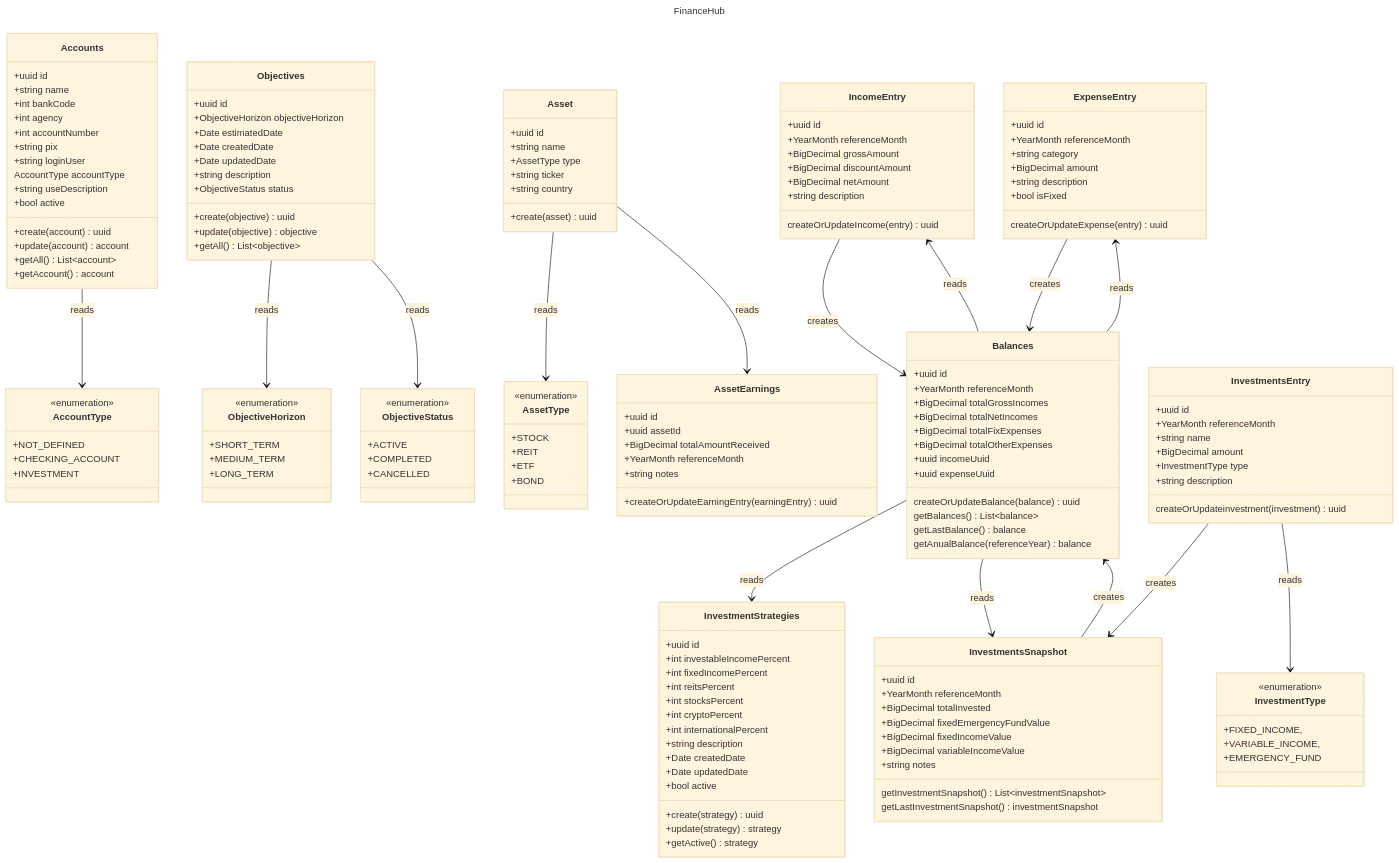
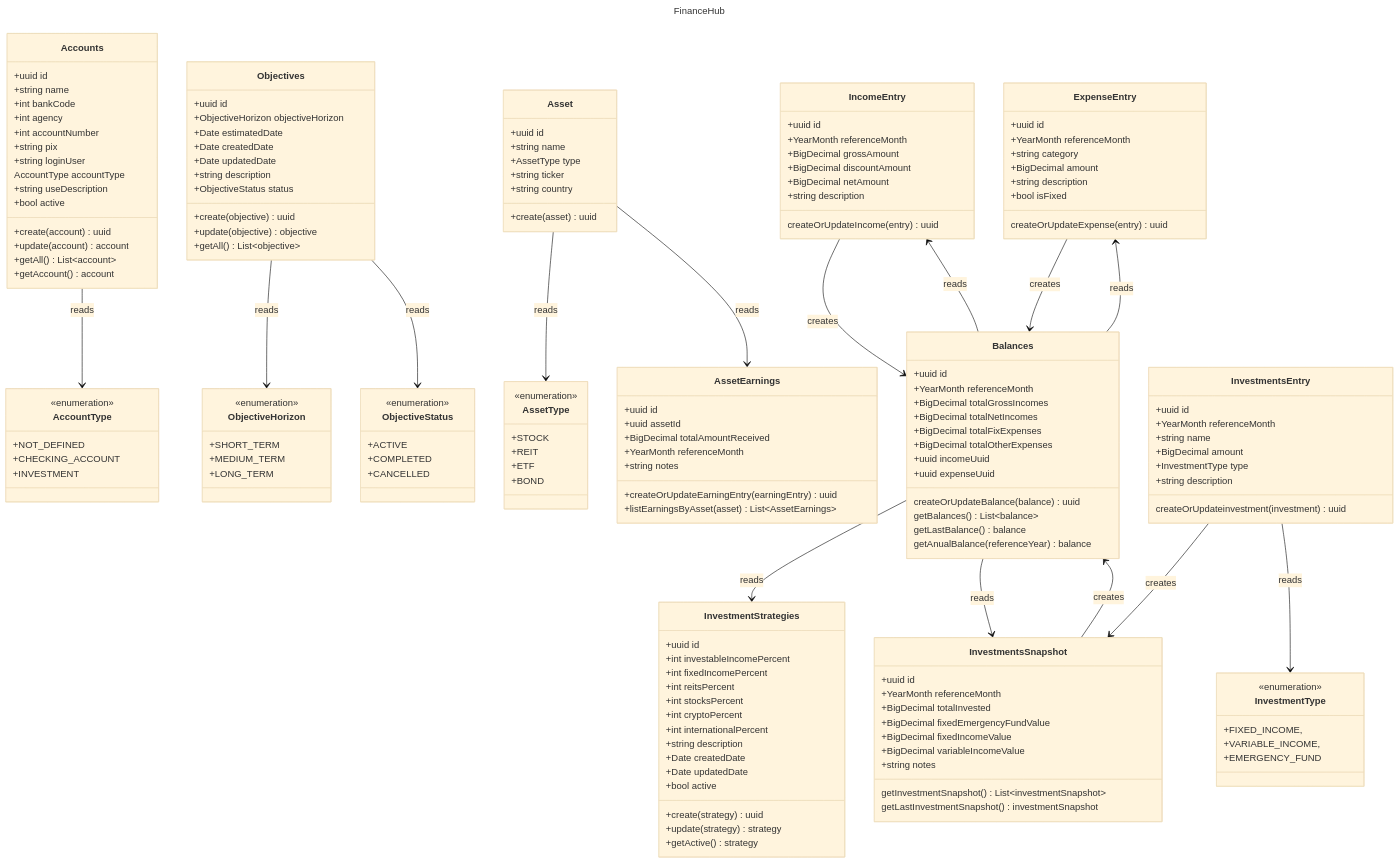
The diagram in README.md (msantosfelipe/financehub), drawn with Mermaid (base theme) before and after one commit. The commit also changed other lines of this file, not shown here.

```diff
--- a/README.md
+++ b/README.md
@@ -97,6 +97,7 @@
     +string notes
 
     +createOrUpdateEarningEntry(earningEntry) uuid
+    +listEarningsByAsset(asset) List~AssetEarnings~
 }
 Asset --> AssetEarnings : reads
 Asset --> AssetType : reads
```
